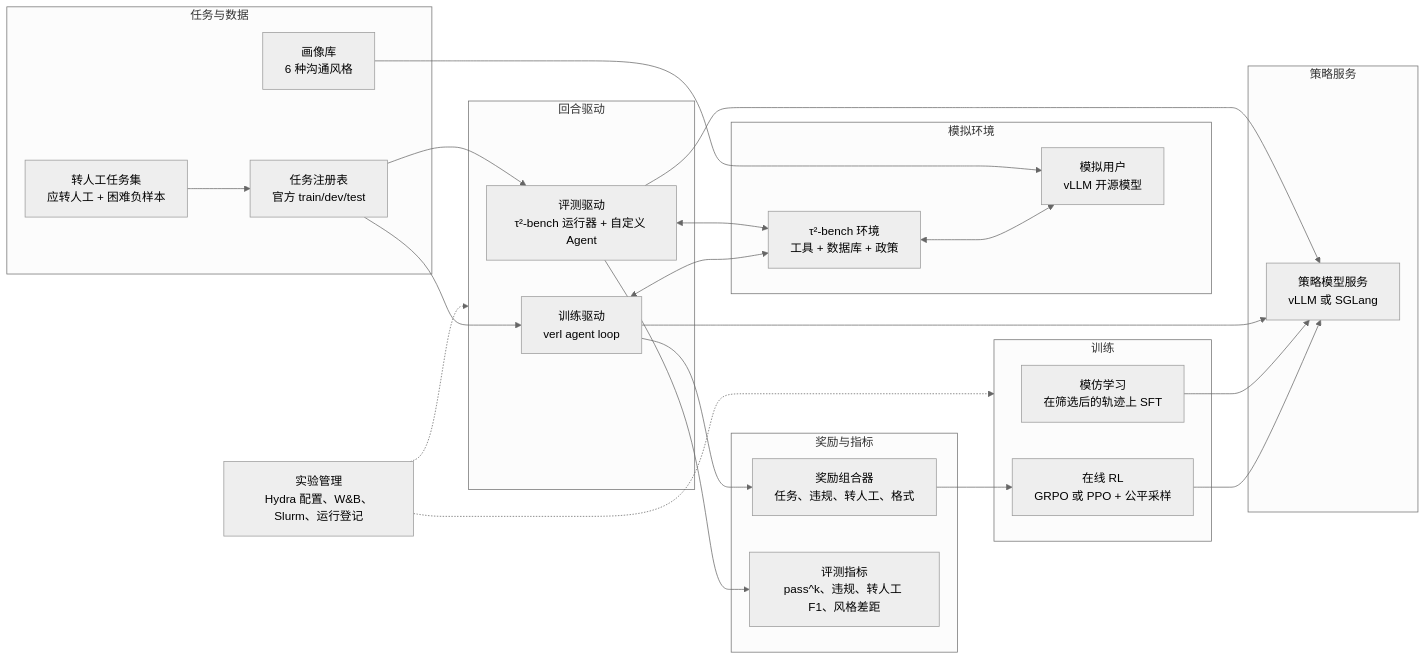
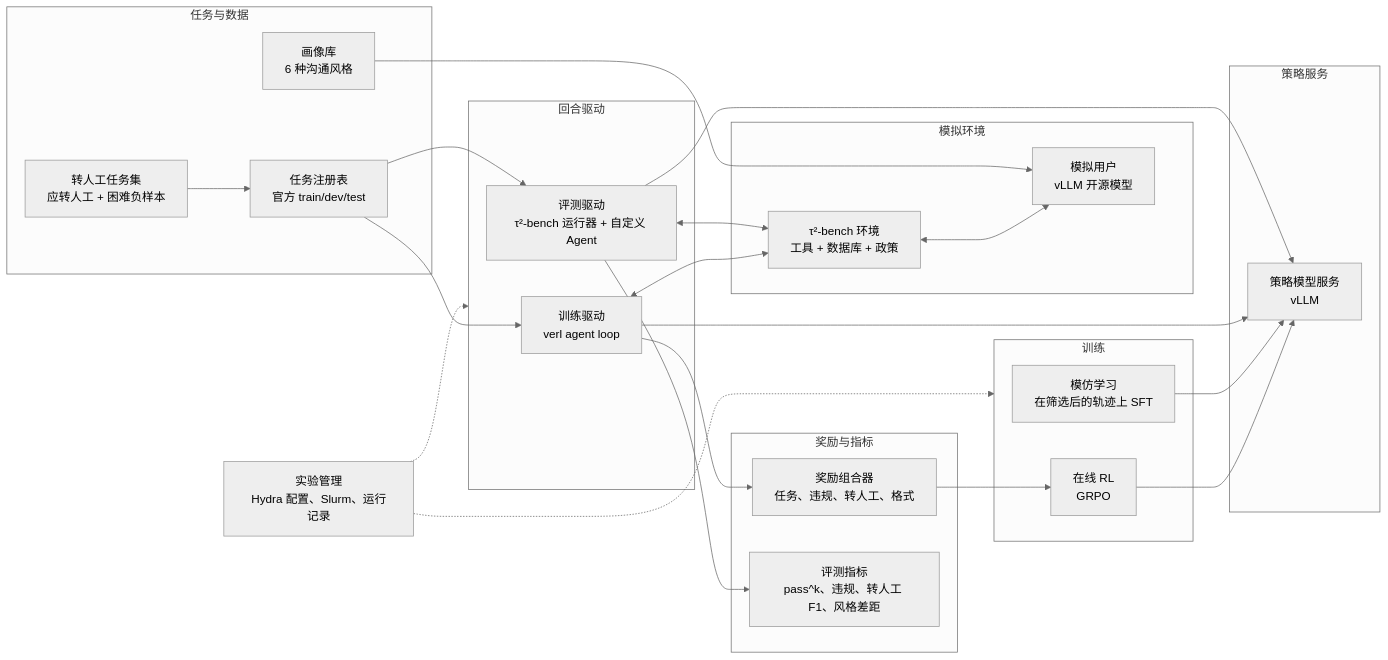
One commit to JaspinXu/KnowWhenToHandOff changed the first of 3 diagrams in README.zh-CN.md. Above: the diagram before and after it, drawn with Mermaid (neutral theme). The commit also changed other lines of this file and 6 other files, not shown here.

````diff
--- a/README.zh-CN.md
+++ b/README.zh-CN.md
@@ -246,45 +246,45 @@
 ```mermaid
 flowchart LR
   subgraph DATA["任务与数据"]
     REG["任务注册表<br/>官方 train/dev/test"]
     AUG["转人工任务集<br/>应转人工 + 困难负样本"]
     PER["画像库<br/>6 种沟通风格"]
   end
   subgraph SIM["模拟环境"]
     ENV["τ²-bench 环境<br/>工具 + 数据库 + 政策"]
     USR["模拟用户<br/>vLLM 开源模型"]
   end
   subgraph POL["策略服务"]
-    SRV["策略模型服务<br/>vLLM 或 SGLang"]
+    SRV["策略模型服务<br/>vLLM"]
   end
   subgraph ROLL["回合驱动"]
     EVD["评测驱动<br/>τ²-bench 运行器 + 自定义 Agent"]
     TRD["训练驱动<br/>verl agent loop"]
   end
   subgraph REW["奖励与指标"]
     RWD["奖励组合器<br/>任务、违规、转人工、格式"]
     MET["评测指标<br/>pass^k、违规、转人工 F1、风格差距"]
   end
   subgraph TRN["训练"]
     SFT["模仿学习<br/>在筛选后的轨迹上 SFT"]
-    RL["在线 RL<br/>GRPO 或 PPO + 公平采样"]
+    RL["在线 RL<br/>GRPO"]
   end
-  OPS["实验管理<br/>Hydra 配置、W&B、Slurm、运行登记"]
+  OPS["实验管理<br/>Hydra 配置、Slurm、运行记录"]
 
   REG --> EVD
   REG --> TRD
   AUG --> REG
   PER --> USR
   EVD <--> ENV
   TRD <--> ENV
   ENV <--> USR
   EVD --> SRV
   TRD --> SRV
   EVD --> MET
   TRD --> RWD
   RWD --> RL
   SFT --> SRV
   RL --> SRV
   OPS -.-> TRN
   OPS -.-> ROLL
 ```
````
